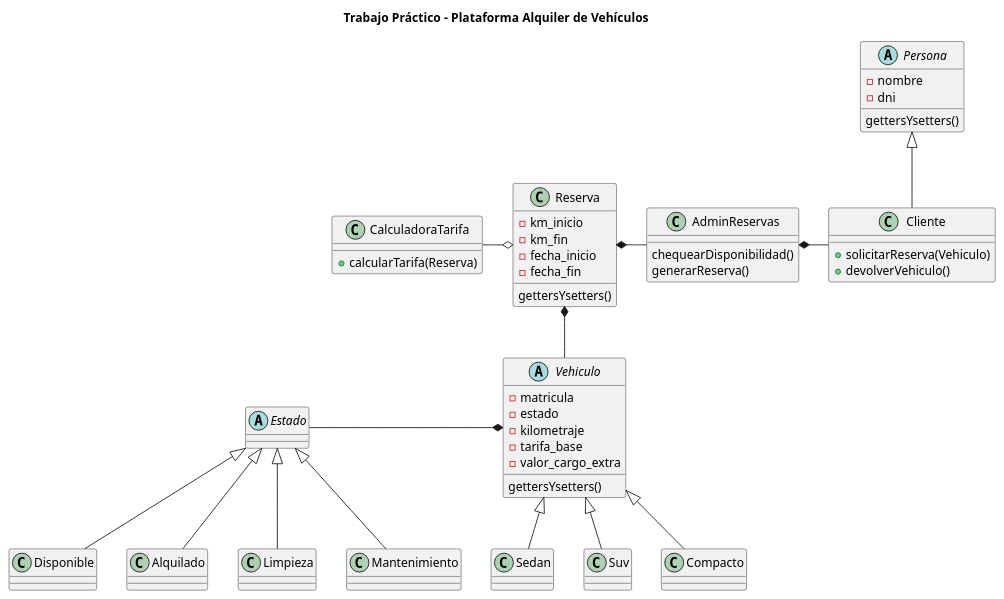
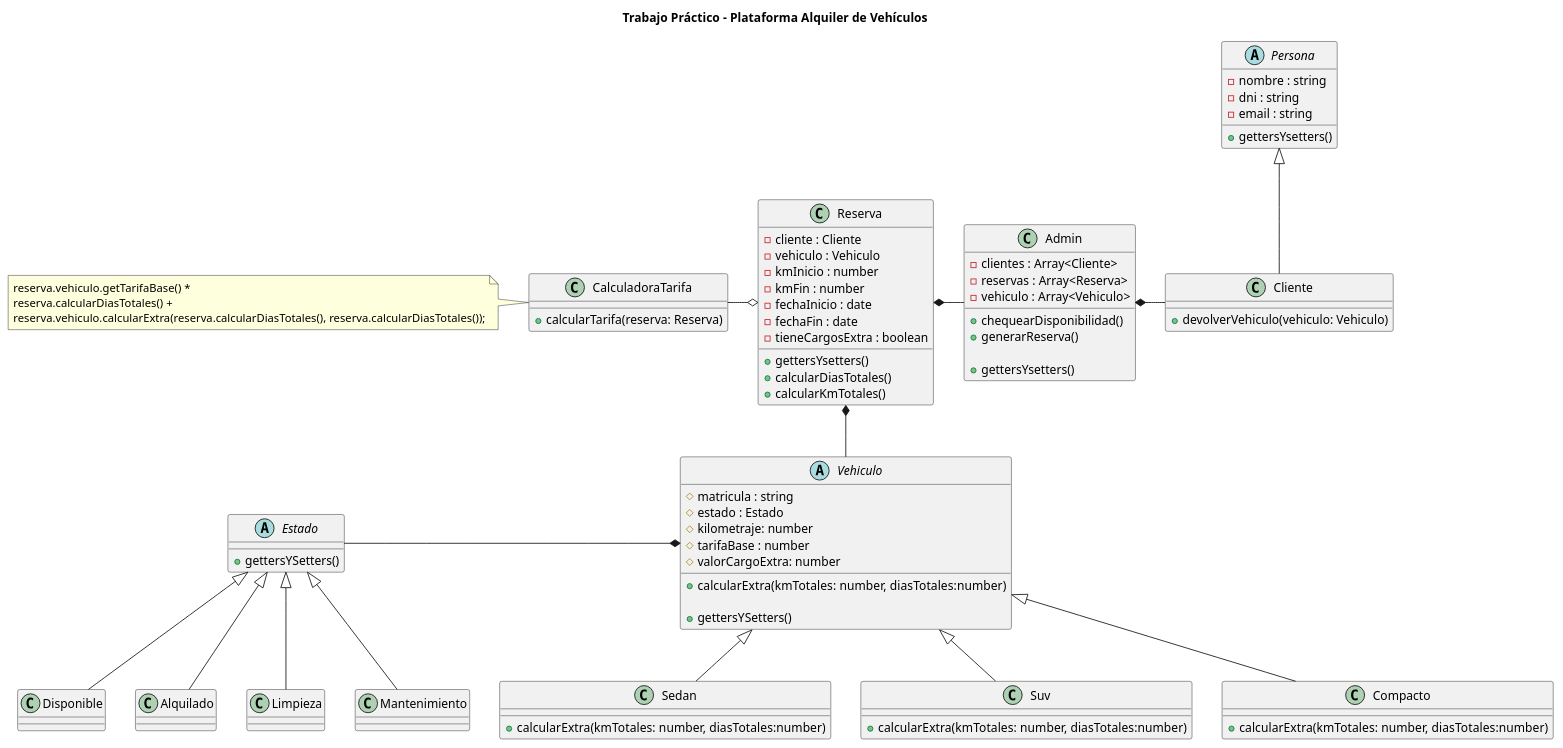
The diagram in diagrams/clases.puml (sopiombetti/DriveHub-Grupo3), drawn with PlantUML before and after one commit.

Commit message:
revision-diagrama-de-clases

```diff
--- a/diagrams/clases.puml
+++ b/diagrams/clases.puml
@@ -1,84 +1,114 @@
 @startuml diagrama
 
 title Trabajo Práctico - Plataforma Alquiler de Vehículos
 
 abstract class Vehiculo{
-    -matricula
-    -estado
-    -kilometraje
-    -tarifa_base
-    -valor_cargo_extra
-
-    gettersYsetters()
+    # matricula : string
+    # estado : Estado 
+    # kilometraje: number 
+    # tarifaBase : number
+    # valorCargoExtra: number
+    + calcularExtra(kmTotales: number, diasTotales:number)
+    
+    + gettersYSetters()
 }
 
 class Compacto extends Vehiculo{
+    + calcularExtra(kmTotales: number, diasTotales:number)
 
 }
 
 class Sedan extends Vehiculo{
-
+    + calcularExtra(kmTotales: number, diasTotales:number)
 }
 class Suv extends Vehiculo{
-
+    + calcularExtra(kmTotales: number, diasTotales:number)
 }
 
 abstract class Estado{
-
+    + gettersYSetters()
 }
 
 class Disponible extends Estado{
 
 }
 
 class Alquilado extends Estado{
 
 }
 
 class Limpieza extends Estado{
 
 }
 
 class Mantenimiento extends Estado{
 
 }
 
 abstract class Persona{
-    -nombre
-    -dni
+    - nombre : string
+    - dni : string 
+    - email : string
 
-    gettersYsetters()
+    +gettersYsetters()
 }
 
 class Cliente extends Persona{
-    +solicitarReserva(Vehiculo)
-    +devolverVehiculo()
+    
+    '+ solicitarReserva(vehiculo: Vehiculo)
+    ' Respecto a este método, queda en pausa. Revisar despues.
+    ' solicitud cliente -> evaluacion del admin -> generar reserva 
+
+    + devolverVehiculo(vehiculo: Vehiculo)
+    
 }
 
 class Reserva{
-    -km_inicio
-    -km_fin
-    -fecha_inicio
-    -fecha_fin
+    
+    -cliente : Cliente 
+    -vehiculo : Vehiculo
+    -kmInicio : number
+    -kmFin : number 
+    -fechaInicio : date
+    -fechaFin : date
+    -tieneCargosExtra : boolean
 
-    gettersYsetters()
+    + gettersYsetters()
+    + calcularDiasTotales()
+    + calcularKmTotales()
+
+
 }
 
 class CalculadoraTarifa{
-    +calcularTarifa(Reserva)
+    + calcularTarifa(reserva: Reserva)
 }
 
-class AdminReservas{
-    chequearDisponibilidad()
-    generarReserva()
+'Admin -> Permisos, CRUD 
+'AdminDriveHub -> Sistema de reservas
+
+class Admin {
+    - clientes : Array<Cliente>
+    - reservas : Array<Reserva>
+    - vehiculo : Array<Vehiculo>
+
+    + chequearDisponibilidad()
+    + generarReserva()
+
+    + gettersYsetters()
 }
 
 Vehiculo*-l-Estado
-AdminReservas*-r-Cliente
-Reserva*-r-AdminReservas
+Admin*-r-Cliente
+Reserva*-r-Admin
 Reserva*--Vehiculo
 Reserva o-l-CalculadoraTarifa
 
+note left of CalculadoraTarifa
+    reserva.vehiculo.getTarifaBase() * 
+    reserva.calcularDiasTotales() + 
+    reserva.vehiculo.calcularExtra(reserva.calcularDiasTotales(), reserva.calcularDiasTotales());
+end note
 
 
 @enduml
```
